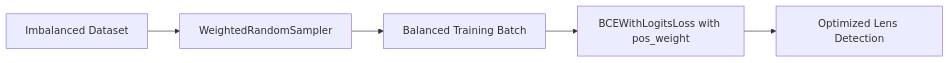
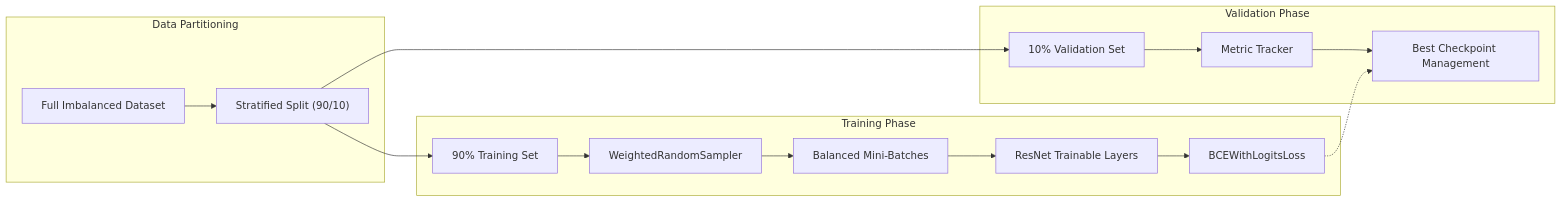
Before and after one commit to AirbusA321NX/deeplens_test: the second of 2 diagrams in readme.md, drawn with Mermaid. The commit also changed other lines of this file, not shown here.

Commit message:
Docs: Update readme.md with advanced architecture, workflow and technical specs

````diff
--- a/readme.md
+++ b/readme.md
@@ -20,7 +43,26 @@
 ```mermaid
 graph LR
-    DS["Imbalanced Dataset"] --> Sampler["WeightedRandomSampler"]
-    Sampler --> Batch["Balanced Training Batch"]
-    Batch --> Loss["BCEWithLogitsLoss with pos_weight"]
-    Loss --> Metric["Optimized Lens Detection"]
+    subgraph "Data Partitioning"
+        DS["Full Imbalanced Dataset"]
+        DS --> SS["Stratified Split (90/10)"]
+    end
+
+    subgraph "Training Phase"
+        TR["90% Training Set"]
+        WRS["WeightedRandomSampler"]
+        TR --> WRS
+        WRS --> B["Balanced Mini-Batches"]
+        B --> M1["ResNet Trainable Layers"]
+        M1 --> L["BCEWithLogitsLoss"]
+    end
+
+    subgraph "Validation Phase"
+        VAL["10% Validation Set"]
+        VAL --> EV["Metric Tracker"]
+        EV --> CP["Best Checkpoint Management"]
+    end
+
+    SS --> TR
+    SS --> VAL
+    L -.-> CP
 ```
````
